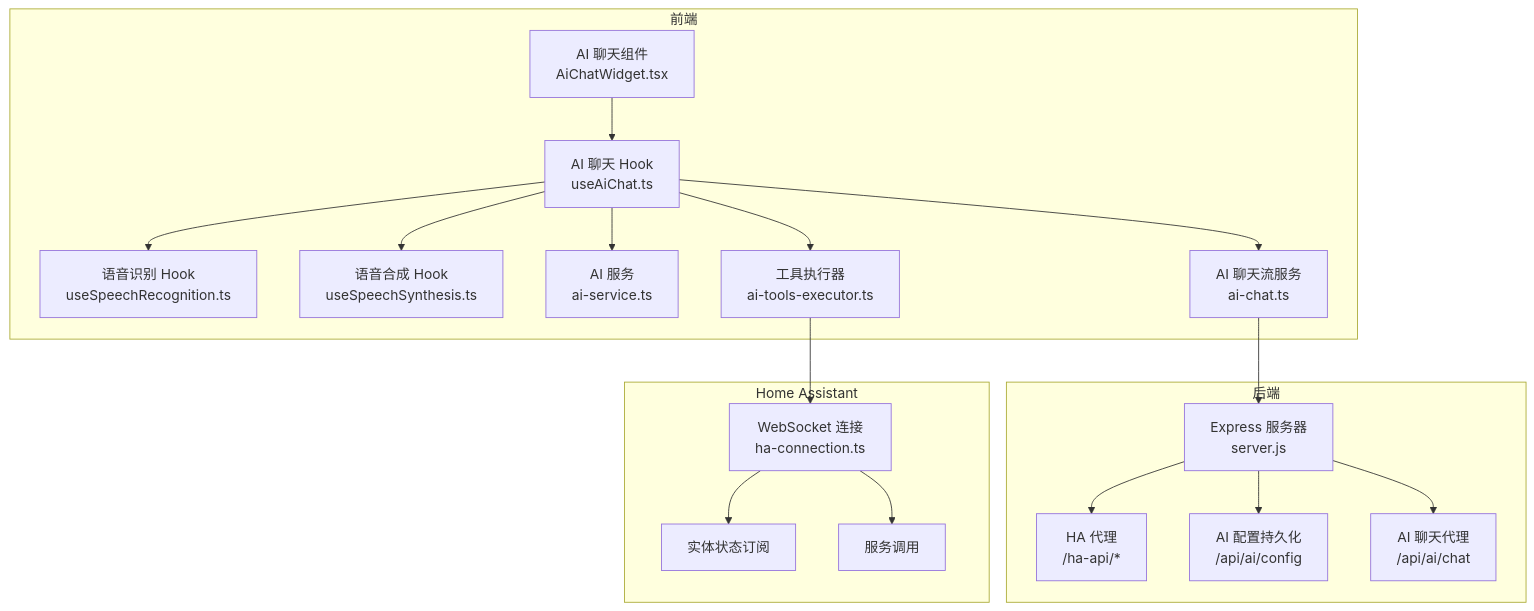
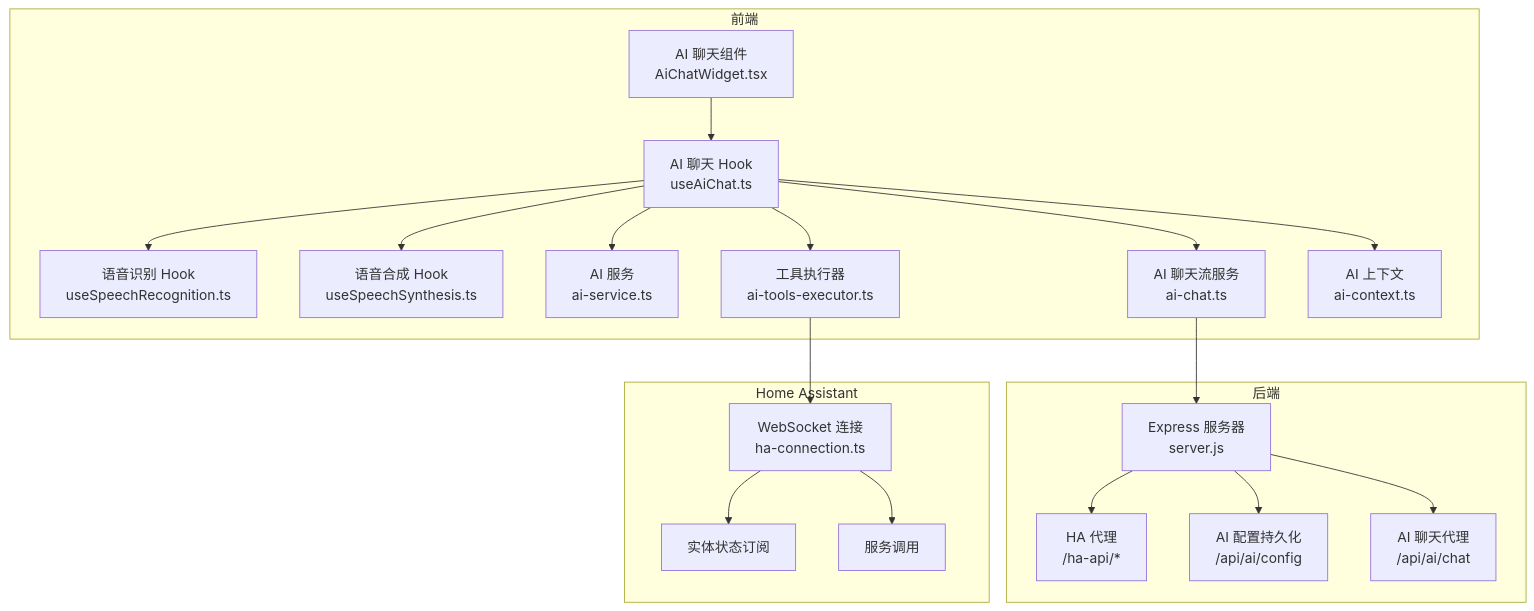
Before and after one commit to skyeyinkun/HAUI: the first of 9 diagrams in .qoder/repowiki/zh/content/AI智能助手集成/AI智能助手集成.md, drawn with Mermaid. The commit also changed other lines of this file and 23 other files, not shown here.

````diff
--- a/.qoder/repowiki/zh/content/AI智能助手集成/AI智能助手集成.md
+++ b/.qoder/repowiki/zh/content/AI智能助手集成/AI智能助手集成.md
@@ -43,36 +53,38 @@
 ```mermaid
 graph TB
 subgraph "前端"
 UI["AI 聊天组件<br/>AiChatWidget.tsx"]
 Hook["AI 聊天 Hook<br/>useAiChat.ts"]
 SR["语音识别 Hook<br/>useSpeechRecognition.ts"]
 SS["语音合成 Hook<br/>useSpeechSynthesis.ts"]
 AISvc["AI 服务<br/>ai-service.ts"]
 ChatSvc["AI 聊天流服务<br/>ai-chat.ts"]
 Tools["工具执行器<br/>ai-tools-executor.ts"]
+Context["AI 上下文<br/>ai-context.ts"]
 end
 subgraph "后端"
 Node["Express 服务器<br/>server.js"]
 HAProxy["HA 代理<br/>/ha-api/*"]
 AIConf["AI 配置持久化<br/>/api/ai/config"]
 AIChat["AI 聊天代理<br/>/api/ai/chat"]
 end
 subgraph "Home Assistant"
 WS["WebSocket 连接<br/>ha-connection.ts"]
 Entities["实体状态订阅"]
 Services["服务调用"]
 end
 UI --> Hook
 Hook --> ChatSvc
 Hook --> Tools
+Hook --> Context
 Hook --> AISvc
 Hook --> SR
 Hook --> SS
 ChatSvc --> Node
 Tools --> WS
 WS --> Entities
 WS --> Services
 Node --> HAProxy
 Node --> AIConf
 Node --> AIChat
 ```
````
